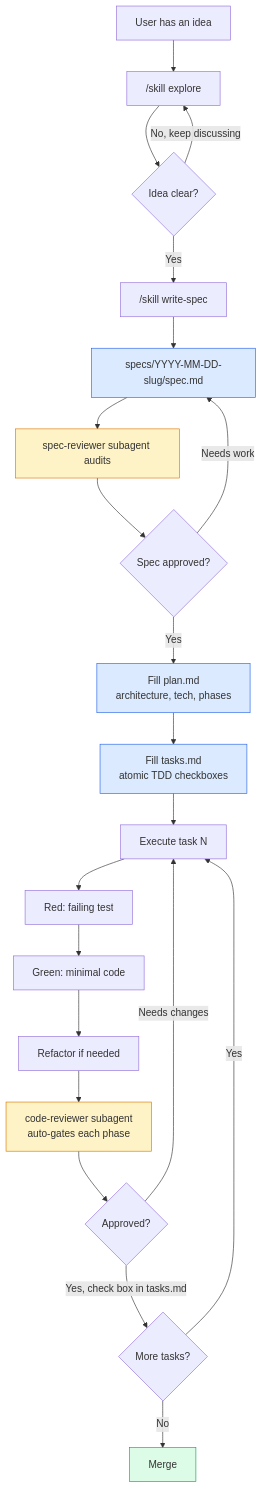
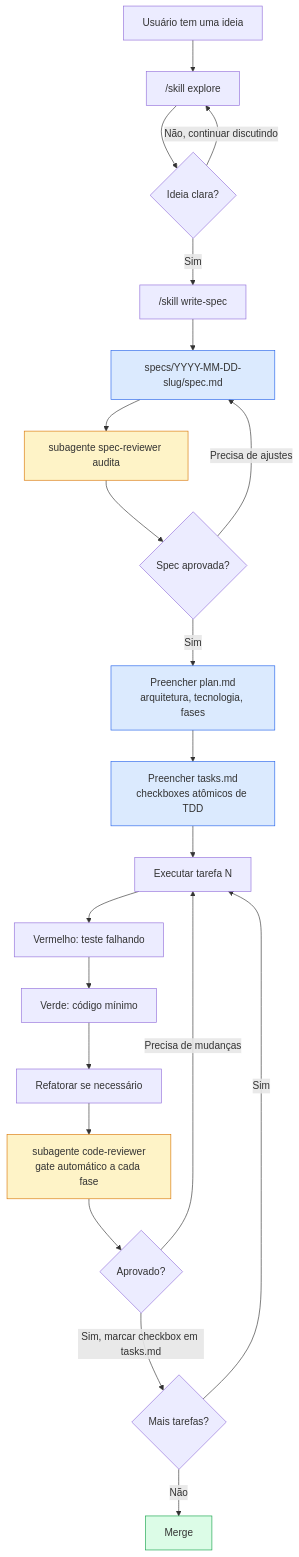
Before and after one commit to dashdanilo/claude-spec-driven-template: the diagram in docs/reference/spec-driven.md, drawn with Mermaid. The commit also changed other lines of this file and 37 other files, not shown here.

````diff
--- a/docs/reference/spec-driven.md
+++ b/docs/reference/spec-driven.md
@@ -19,30 +20,30 @@
 ```mermaid
 flowchart TD
-    A["User has an idea"] --> B["/skill explore"]
-    B --> C{"Idea clear?"}
-    C -->|"No, keep discussing"| B
-    C -->|Yes| D["/skill write-spec"]
+    A["Usuário tem uma ideia"] --> B["/skill explore"]
+    B --> C{"Ideia clara?"}
+    C -->|"Não, continuar discutindo"| B
+    C -->|Sim| D["/skill write-spec"]
     D --> E["specs/YYYY-MM-DD-slug/spec.md"]
-    E --> F["spec-reviewer subagent audits"]
-    F --> G{"Spec approved?"}
-    G -->|"Needs work"| E
-    G -->|Yes| H["Fill plan.md<br/>architecture, tech, phases"]
-    H --> I["Fill tasks.md<br/>atomic TDD checkboxes"]
-    I --> J["Execute task N"]
-    J --> K["Red: failing test"]
-    K --> L["Green: minimal code"]
-    L --> M["Refactor if needed"]
-    M --> N["code-reviewer subagent<br/>auto-gates each phase"]
-    N --> O{"Approved?"}
-    O -->|"Needs changes"| J
-    O -->|"Yes, check box in tasks.md"| P{"More tasks?"}
-    P -->|Yes| J
-    P -->|No| Q["Merge"]
+    E --> F["subagente spec-reviewer audita"]
+    F --> G{"Spec aprovada?"}
+    G -->|"Precisa de ajustes"| E
+    G -->|Sim| H["Preencher plan.md<br/>arquitetura, tecnologia, fases"]
+    H --> I["Preencher tasks.md<br/>checkboxes atômicos de TDD"]
+    I --> J["Executar tarefa N"]
+    J --> K["Vermelho: teste falhando"]
+    K --> L["Verde: código mínimo"]
+    L --> M["Refatorar se necessário"]
+    M --> N["subagente code-reviewer<br/>gate automático a cada fase"]
+    N --> O{"Aprovado?"}
+    O -->|"Precisa de mudanças"| J
+    O -->|"Sim, marcar checkbox em tasks.md"| P{"Mais tarefas?"}
+    P -->|Sim| J
+    P -->|Não| Q["Merge"]
 
     style E fill:#dbeafe,stroke:#2563eb
     style H fill:#dbeafe,stroke:#2563eb
     style I fill:#dbeafe,stroke:#2563eb
     style F fill:#fef3c7,stroke:#d97706
     style N fill:#fef3c7,stroke:#d97706
     style Q fill:#dcfce7,stroke:#16a34a
 ```
````
